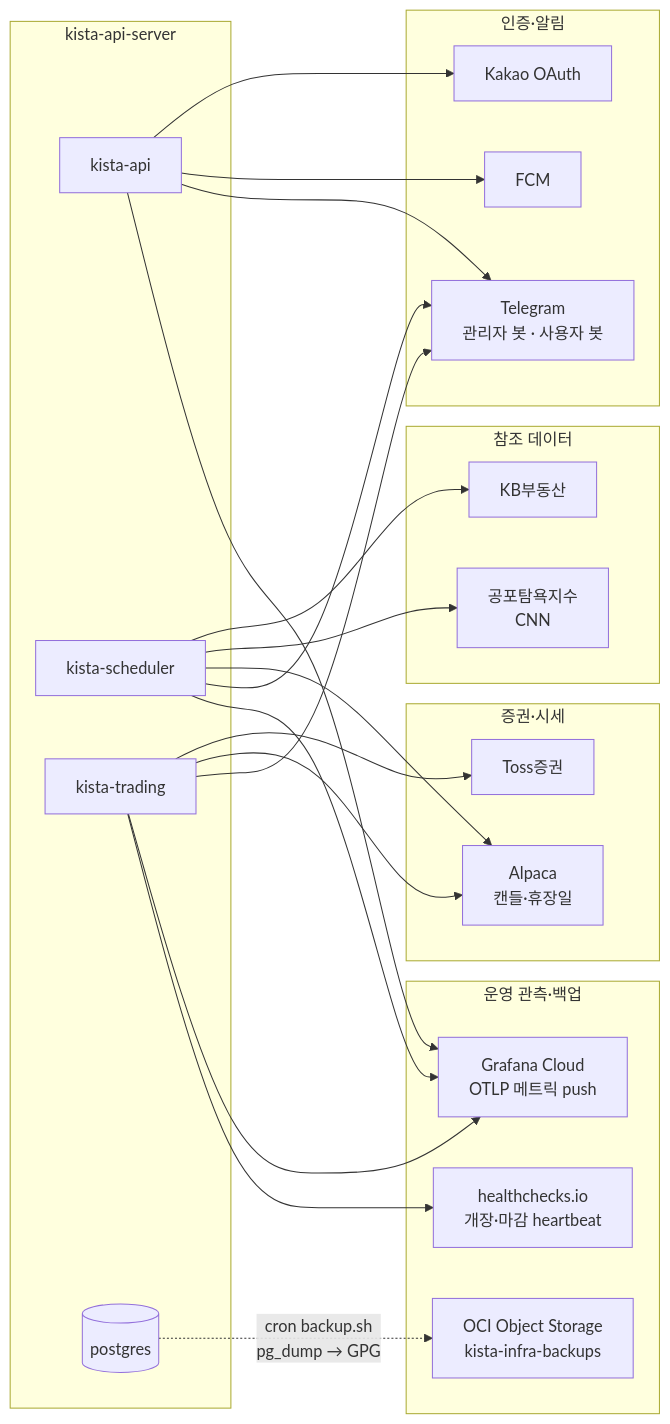
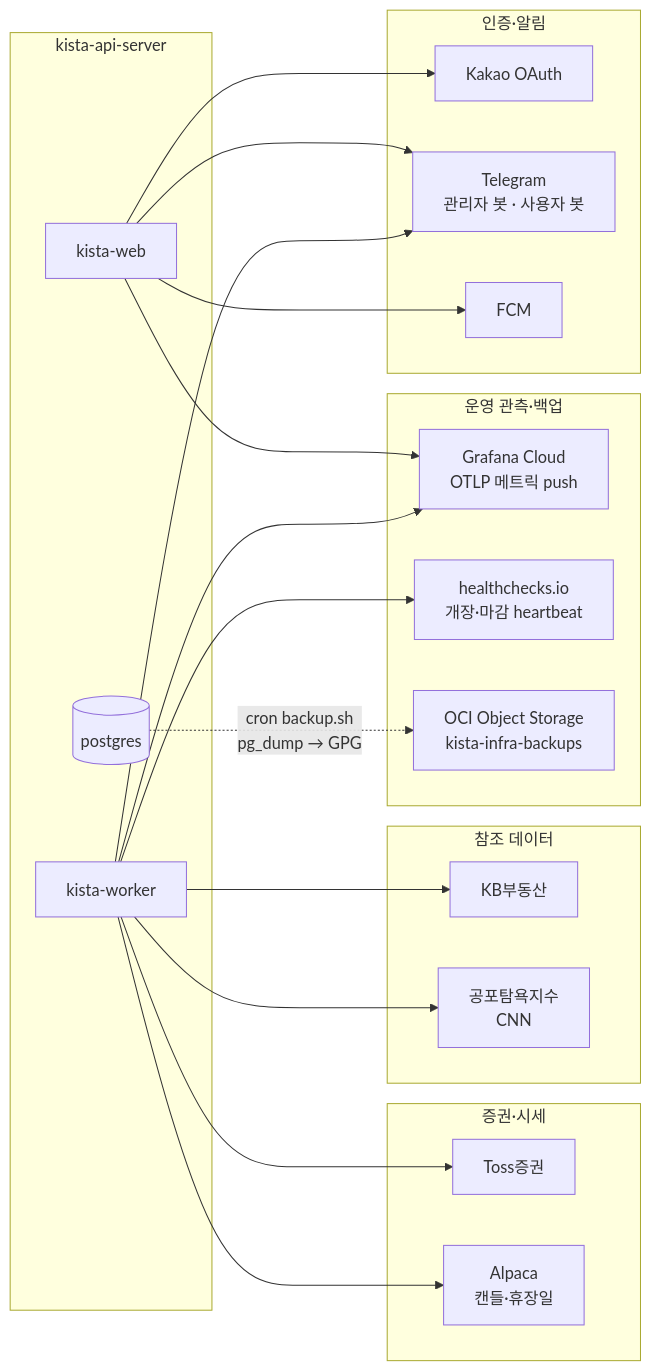
Before and after one commit to narafu/kista-api: the second of 5 diagrams in docs/architecture-map.md, drawn with Mermaid. The commit also changed other lines of this file and 20 other files, not shown here.

````diff
--- a/docs/architecture-map.md
+++ b/docs/architecture-map.md
@@ -79,36 +75,34 @@
 ```mermaid
 flowchart LR
     subgraph APP["kista-api-server"]
-        API["kista-api"]
-        SCH["kista-scheduler"]
-        TRD["kista-trading"]
+        WEB["kista-web"]
+        WRK["kista-worker"]
         PG[("postgres")]
     end
 
     subgraph BROKER["증권·시세"]
         TOSS["Toss증권"]
         ALPACA["Alpaca<br/>캔들·휴장일"]
     end
     subgraph DATA["참조 데이터"]
         KB["KB부동산"]
         FG["공포탐욕지수<br/>CNN"]
     end
     subgraph USERIO["인증·알림"]
         KAKAO["Kakao OAuth"]
         TG["Telegram<br/>관리자 봇 · 사용자 봇"]
         FCM["FCM"]
     end
     subgraph OPS["운영 관측·백업"]
         GRAF["Grafana Cloud<br/>OTLP 메트릭 push"]
         HC["healthchecks.io<br/>개장·마감 heartbeat"]
         OBJ["OCI Object Storage<br/>kista-infra-backups"]
     end
 
-    TRD --> TOSS & ALPACA
-    SCH --> KB & FG & ALPACA
-    API --> KAKAO & FCM
-    API & SCH & TRD --> TG
-    API & SCH & TRD --> GRAF
-    TRD --> HC
+    WRK --> TOSS & ALPACA & KB & FG
+    WEB --> KAKAO & FCM
+    WEB & WRK --> TG
+    WEB & WRK --> GRAF
+    WRK --> HC
     PG -.->|"cron backup.sh<br/>pg_dump → GPG"| OBJ
 ```
````
